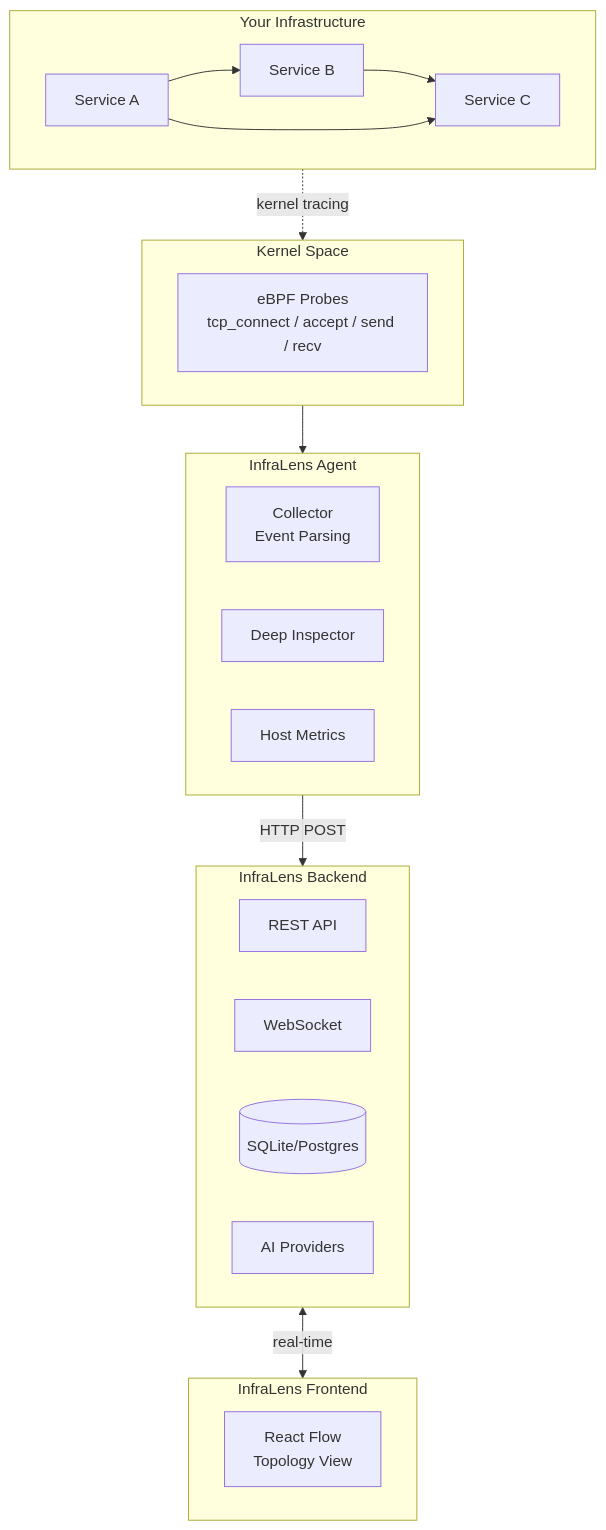
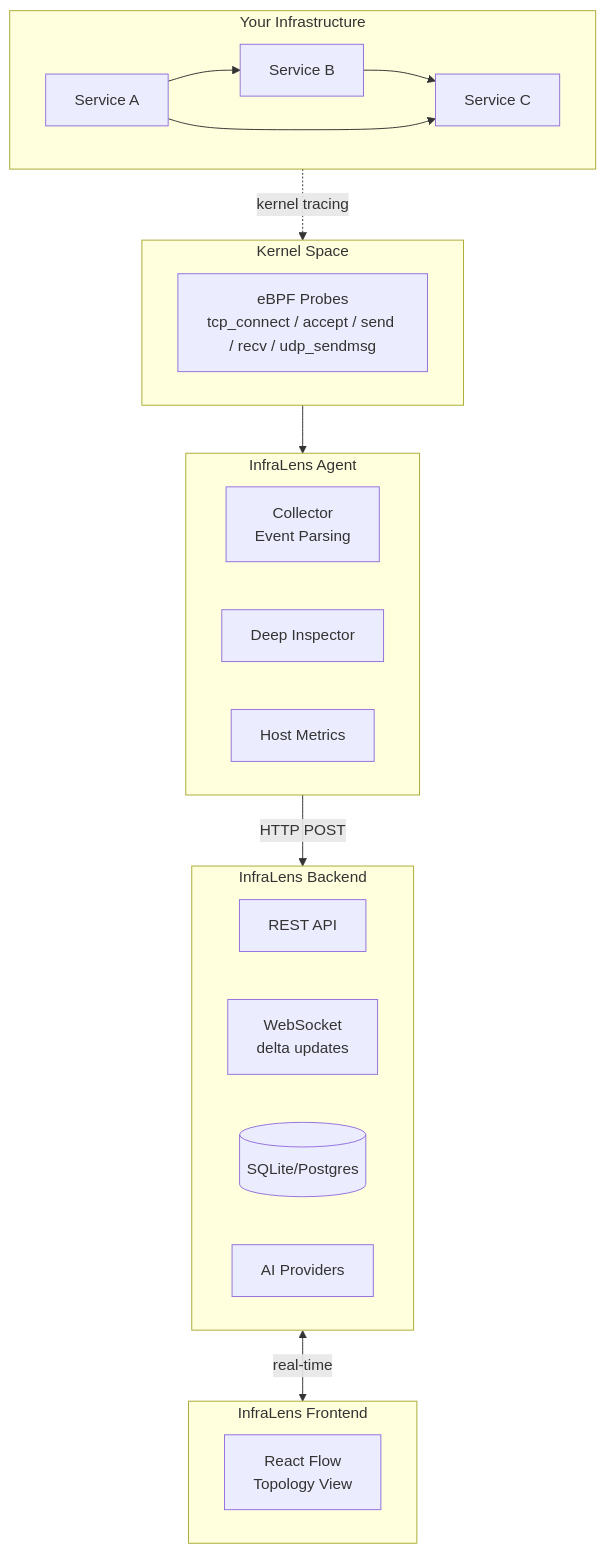
The diagram in README.md (Herenn/Infralens), drawn with Mermaid before and after one commit. The commit also changed other lines of this file, not shown here.

````diff
--- a/README.md
+++ b/README.md
@@ -95,34 +85,34 @@
 ```mermaid
 flowchart TB
     subgraph infra["Your Infrastructure"]
         A[Service A] --> B[Service B]
         B --> C[Service C]
         A --> C
     end
 
     subgraph ebpf["Kernel Space"]
-        trace[eBPF Probes<br/>tcp_connect / accept / send / recv]
+        trace[eBPF Probes<br/>tcp_connect / accept / send / recv / udp_sendmsg]
     end
 
     subgraph agent["InfraLens Agent"]
         collector[Collector<br/>Event Parsing]
         inspector[Deep Inspector]
         metrics[Host Metrics]
     end
 
     subgraph backend["InfraLens Backend"]
         api[REST API]
-        ws[WebSocket]
+        ws[WebSocket<br/>delta updates]
         db[(SQLite/Postgres)]
         ai[AI Providers]
     end
 
     subgraph frontend["InfraLens Frontend"]
         react[React Flow<br/>Topology View]
     end
 
     infra -.->|kernel tracing| ebpf
     ebpf --> agent
     agent -->|HTTP POST| backend
     backend <-->|real-time| frontend
 ```
````
